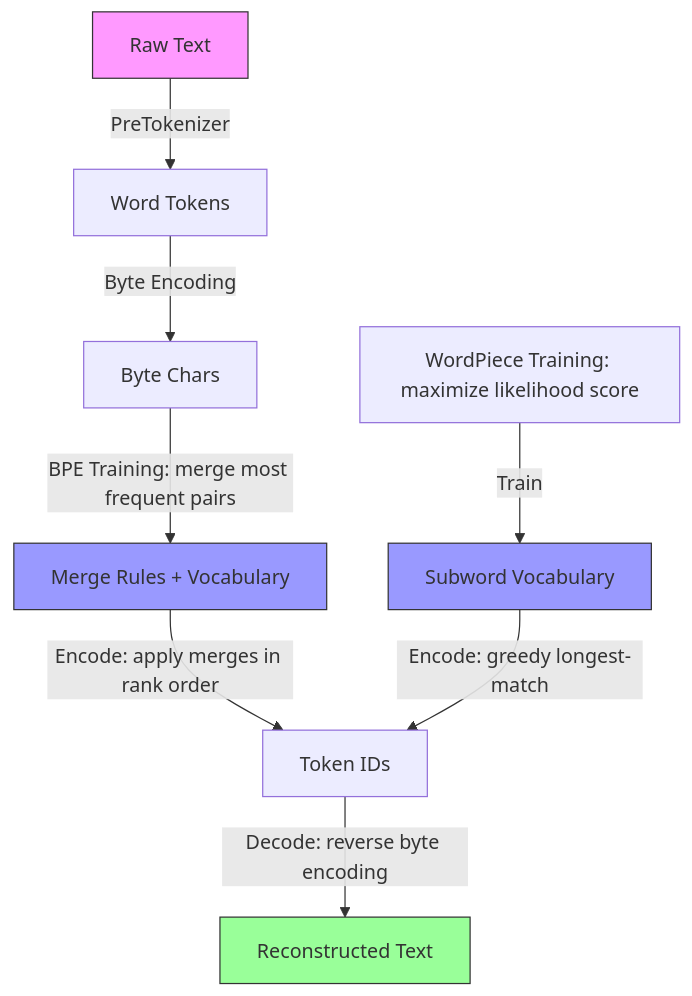
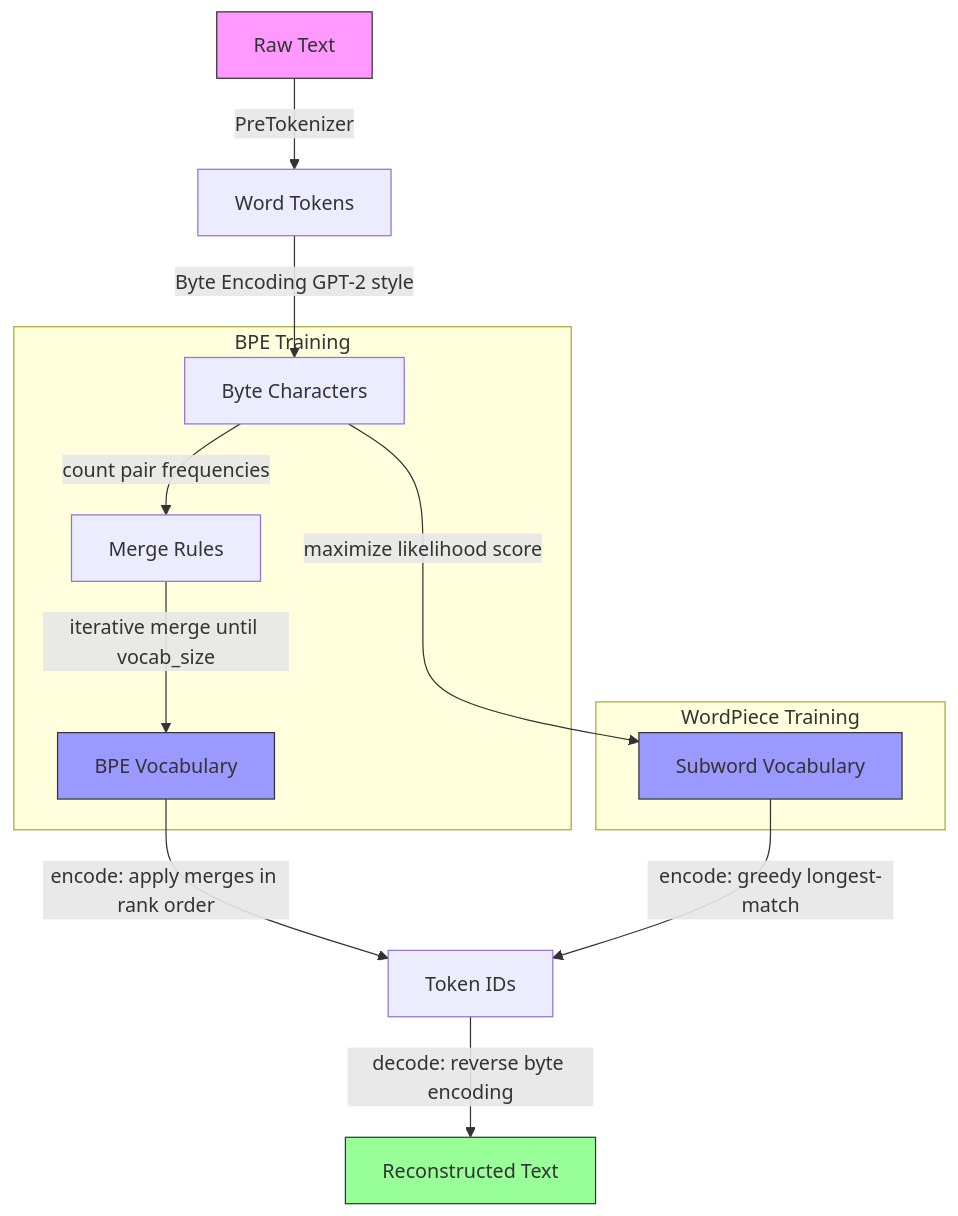
One commit to jrajath94/bpe-tokenizer changed the diagram in README.md. Above: the diagram before and after it, drawn with Mermaid. The commit also changed other lines of this file, not shown here.

````diff
--- a/README.md
+++ b/README.md
@@ -25,15 +18,23 @@
 ```mermaid
 graph TD
     A[Raw Text] -->|PreTokenizer| B[Word Tokens]
-    B -->|Byte Encoding| C[Byte Chars]
-    C -->|BPE Training: merge most frequent pairs| D[Merge Rules + Vocabulary]
-    C2[WordPiece Training: maximize likelihood score] -->|Train| D2[Subword Vocabulary]
-    D -->|Encode: apply merges in rank order| E[Token IDs]
-    D2 -->|Encode: greedy longest-match| E
-    E -->|Decode: reverse byte encoding| F[Reconstructed Text]
+    B -->|Byte Encoding GPT-2 style| C[Byte Characters]
+
+    subgraph BPE Training
+        C -->|count pair frequencies| T1[Merge Rules]
+        T1 -->|iterative merge until vocab_size| T2[BPE Vocabulary]
+    end
+
+    subgraph WordPiece Training
+        C -->|maximize likelihood score| T3[Subword Vocabulary]
+    end
+
+    T2 -->|encode: apply merges in rank order| E[Token IDs]
+    T3 -->|encode: greedy longest-match| E
+    E -->|decode: reverse byte encoding| F[Reconstructed Text]
 
     style A fill:#f9f,stroke:#333
     style F fill:#9f9,stroke:#333
-    style D fill:#99f,stroke:#333
-    style D2 fill:#99f,stroke:#333
+    style T2 fill:#99f,stroke:#333
+    style T3 fill:#99f,stroke:#333
 ```
````
